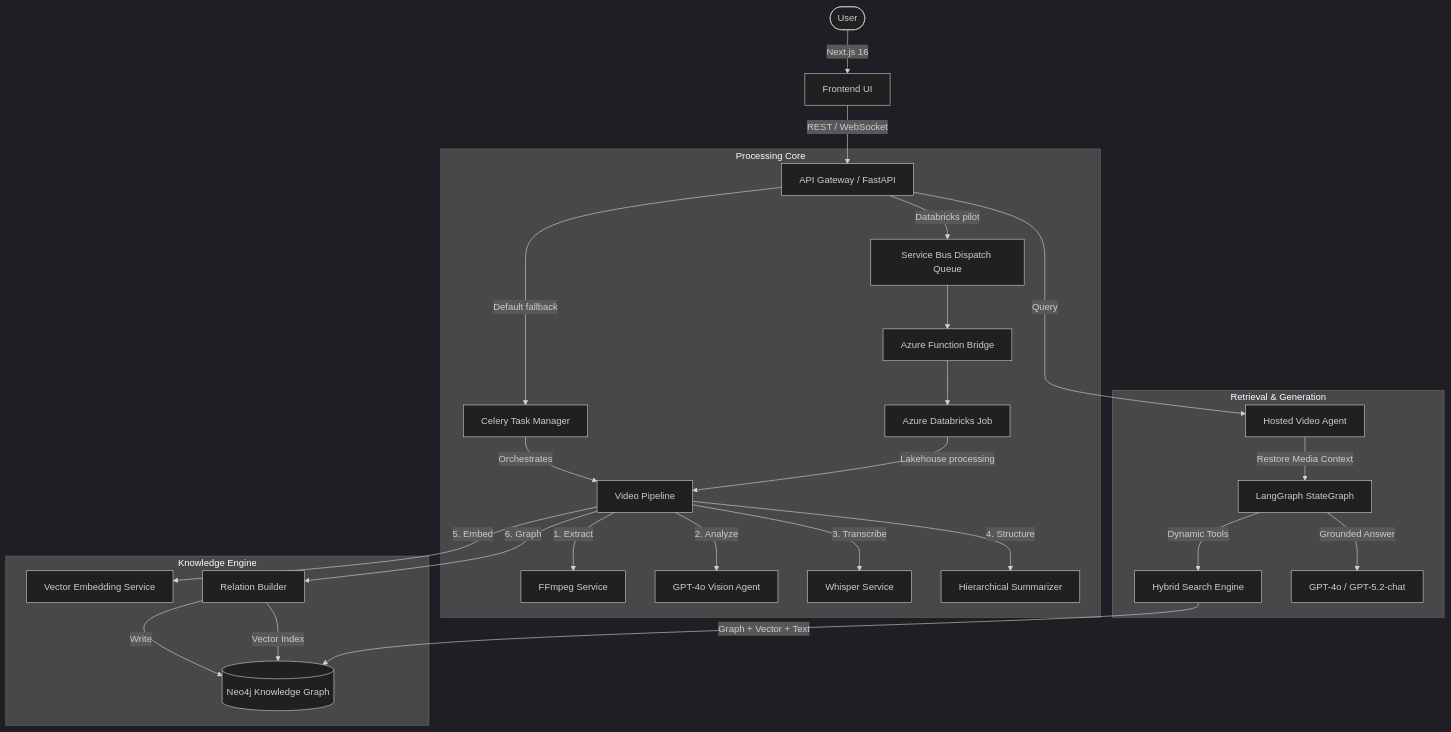
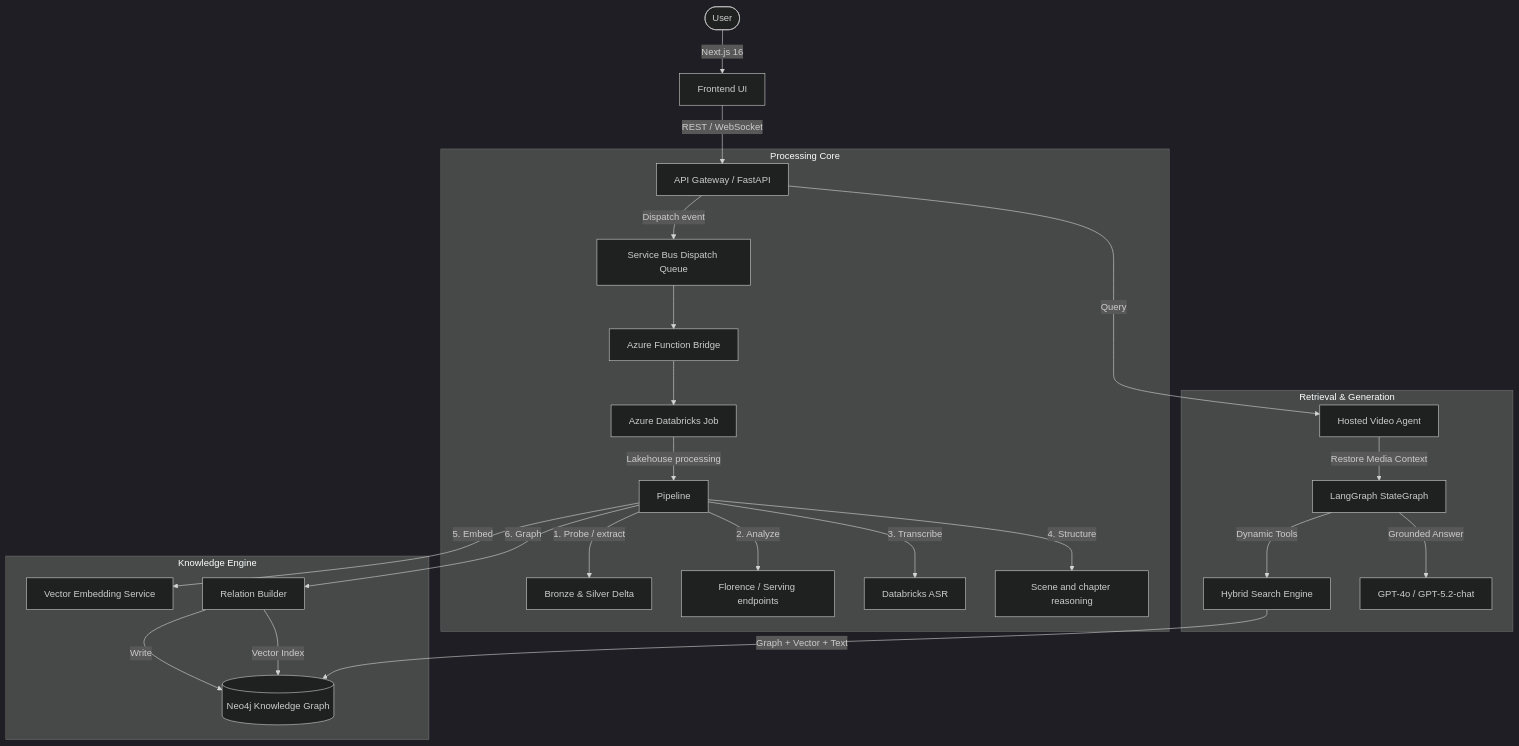
One commit to alexandergg/QPrisma changed the diagram in docs/ARCHITECTURE.md. Above: the diagram before and after it, drawn with Mermaid (dark theme). The commit also changed other lines of this file and 115 other files, not shown here.

First line of the commit message:
Refactor Databricks video pipeline

````diff
--- a/docs/ARCHITECTURE.md
+++ b/docs/ARCHITECTURE.md
@@ -11,33 +11,31 @@
 ```mermaid
 graph TD
     User([User]) -->|Next.js 16| Frontend[Frontend UI]
     Frontend -->|REST / WebSocket| Gateway[API Gateway / FastAPI]
 
     subgraph "Processing Core"
-        Gateway -->|Default fallback| TaskMgr[Celery Task Manager]
-        Gateway -->|Databricks pilot| SB[Service Bus Dispatch Queue]
+        Gateway -->|Dispatch event| SB[Service Bus Dispatch Queue]
         SB --> Bridge[Azure Function Bridge]
         Bridge --> DBX[Azure Databricks Job]
-        TaskMgr -->|Orchestrates| Pipeline[Video Pipeline]
         DBX -->|Lakehouse processing| Pipeline
-        Pipeline -->|1. Extract| FFmpeg[FFmpeg Service]
-        Pipeline -->|2. Analyze| Vision[GPT-4o Vision Agent]
-        Pipeline -->|3. Transcribe| Whisper[Whisper Service]
-        Pipeline -->|4. Structure| Summarizer[Hierarchical Summarizer]
+        Pipeline -->|1. Probe / extract| Bronze[Bronze & Silver Delta]
+        Pipeline -->|2. Analyze| Vision[Florence / Serving endpoints]
+        Pipeline -->|3. Transcribe| ASR[Databricks ASR]
+        Pipeline -->|4. Structure| Summarizer[Scene and chapter reasoning]
     end
 
     subgraph "Knowledge Engine"
         Pipeline -->|5. Embed| Embedder[Vector Embedding Service]
         Pipeline -->|6. Graph| Builder[Relation Builder]
         Builder -->|Write| Neo4j[(Neo4j Knowledge Graph)]
         Builder -->|Vector Index| Neo4j
     end
 
     subgraph "Retrieval & Generation"
         Gateway -->|Query| Agent[Hosted Video Agent]
         Agent -->|Restore Media Context| StateGraph[LangGraph StateGraph]
         StateGraph -->|Dynamic Tools| Hybrid[Hybrid Search Engine]
         Hybrid -->|Graph + Vector + Text| Neo4j
         StateGraph -->|Grounded Answer| LLM[GPT-4o / GPT-5.2-chat]
     end
 ```
````
